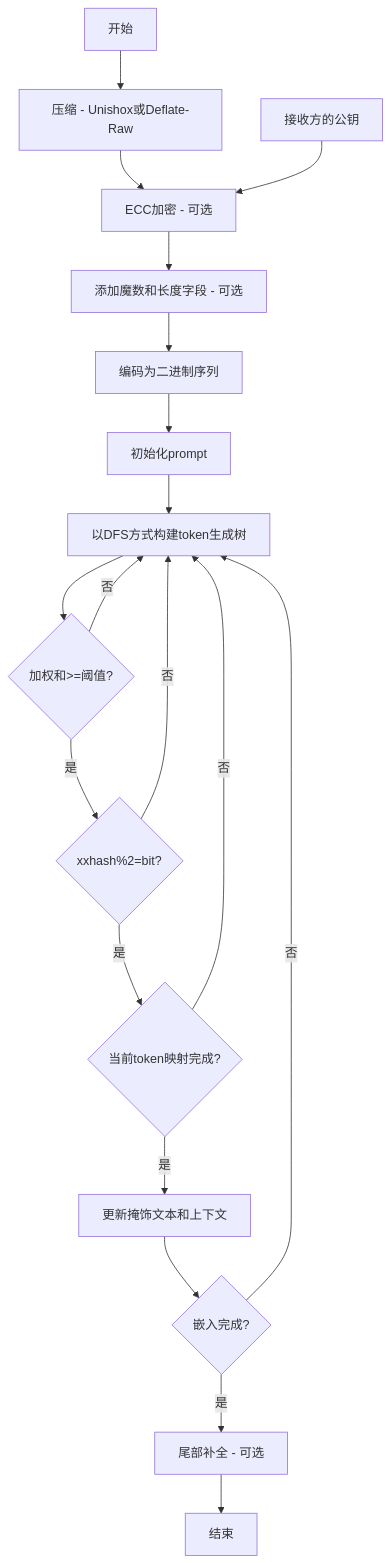
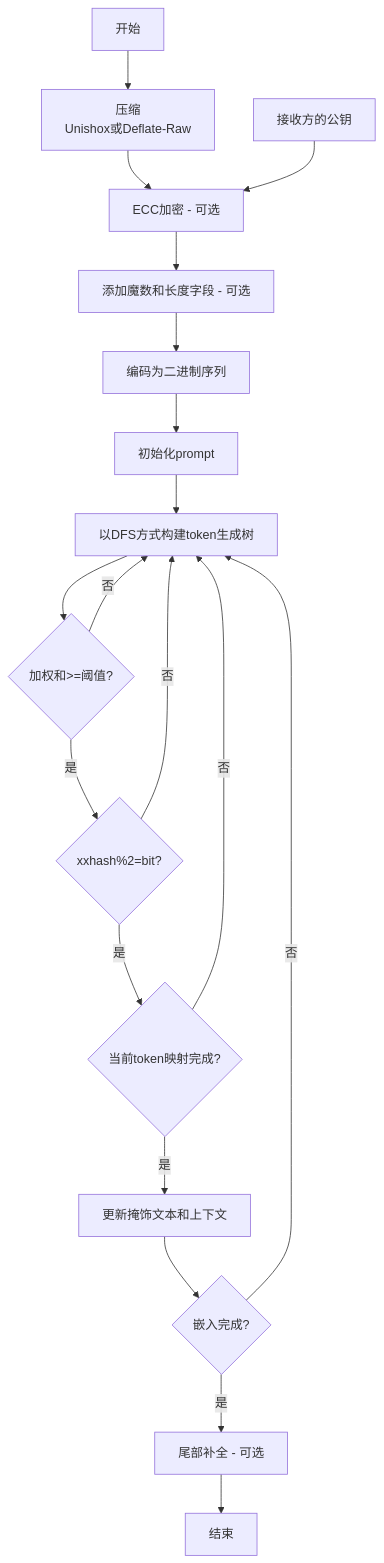
Before and after one commit to Rin313/StegLLM: the diagram in README.md, drawn with Mermaid. The commit also changed 2 other files, not shown here.

Commit message:
响应式地显示生成文本，增加了停止隐写的功能

````diff
--- a/README.md
+++ b/README.md
@@ -54,21 +54,21 @@
 ```mermaid
 flowchart TD
-    A[开始] --> compress[压缩 - Unishox或Deflate-Raw];
+    A[开始] --> compress[压缩<br>Unishox或Deflate-Raw];
     compress --> encrypt[ECC加密 - 可选];
     public[接收方的公钥] -->encrypt;
     encrypt --> magicNum[添加魔数和长度字段 - 可选]
     magicNum -->base[编码为二进制序列]
     base -->prompt[初始化prompt]
     prompt-->dfs[以DFS方式构建token生成树]
     dfs --> weightsNum{加权和>=阈值?}
     weightsNum --> |是|mapping{xxhash%2=bit?}
     weightsNum --> |否|dfs;
     mapping --> |是|mappingDone{当前token映射完成?}
     mapping --> |否|dfs;
     mappingDone -->|是|coverText[更新掩饰文本和上下文]
     mappingDone -->|否|dfs;
     coverText --> done{嵌入完成?};
     done -->|是|tail[尾部补全 - 可选];
     done -->|否|dfs;
 tail -->endd[结束];
 ```
````
